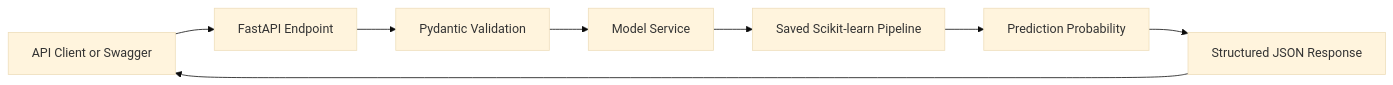
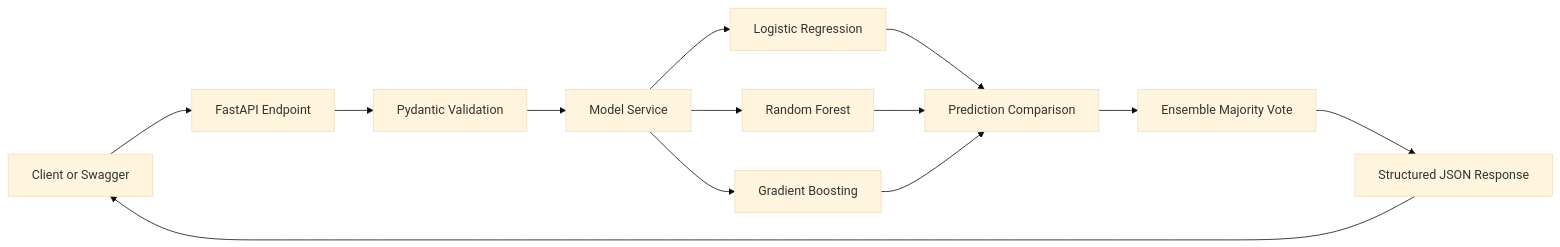
Before and after one commit to chauhanmuskan291980-wq/gold-price-direction-predictor: the tenth of 15 diagrams in docs/architecture.md, drawn with Mermaid (base theme). The commit also changed other lines of this file and 2 other files, not shown here.

Commit message:
docs: align documentation with three-model architecture and updated API

````diff
--- a/docs/architecture.md
+++ b/docs/architecture.md
@@ -608,10 +566,18 @@
 ```mermaid
 flowchart LR
-    A[API Client or Swagger] --> B[FastAPI Endpoint]
+    A[Client or Swagger] --> B[FastAPI Endpoint]
     B --> C[Pydantic Validation]
     C --> D[Model Service]
-    D --> E[Saved Scikit-learn Pipeline]
-    E --> F[Prediction Probability]
-    F --> G[Structured JSON Response]
-    G --> A
+
+    D --> E1[Logistic Regression]
+    D --> E2[Random Forest]
+    D --> E3[Gradient Boosting]
+
+    E1 --> F[Prediction Comparison]
+    E2 --> F
+    E3 --> F
+
+    F --> G[Ensemble Majority Vote]
+    G --> H[Structured JSON Response]
+    H --> A
 ```
````
